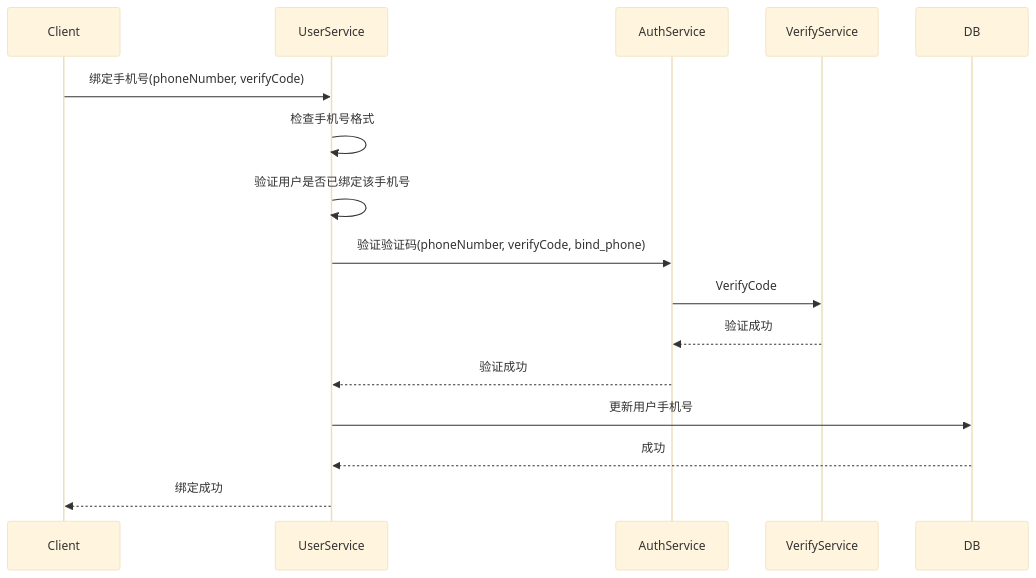
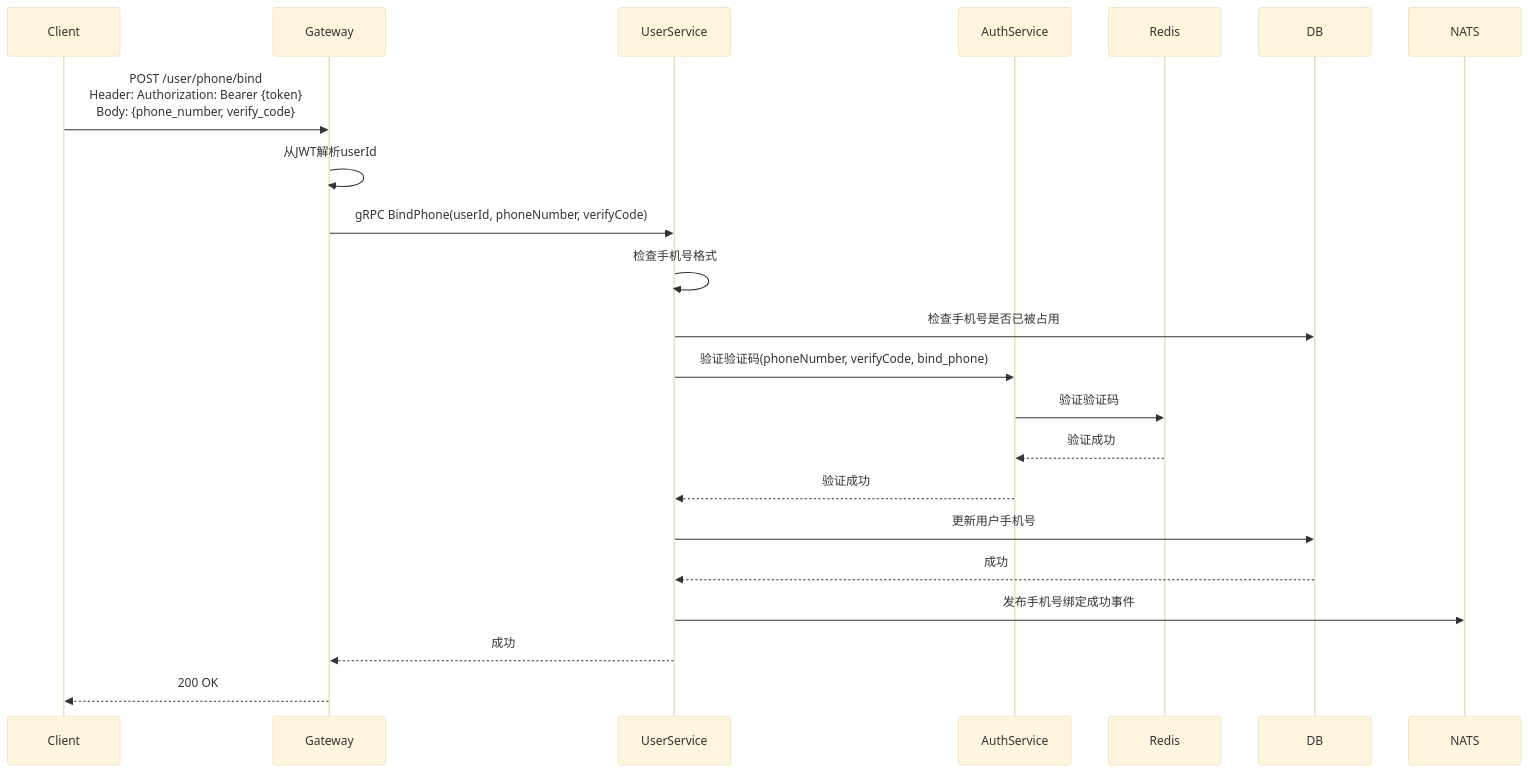
One commit to yzhgit/anychat-server changed the diagram in docs/design/auth/bind-phone.md. Above: the diagram before and after it, drawn with Mermaid (base theme). The commit also changed 30 other files, not shown here.

First line of the commit message:
docs: 更新设计文档时序图，添加Gateway和NATS参与者

````diff
--- a/docs/design/auth/bind-phone.md
+++ b/docs/design/auth/bind-phone.md
@@ -14,19 +14,25 @@
 ```mermaid
 sequenceDiagram
     participant Client
+    participant Gateway
     participant UserService
     participant AuthService
-    participant VerifyService
+    participant Redis
     participant DB
+    participant NATS
 
-    Client->>UserService: 绑定手机号(phoneNumber, verifyCode)
+    Client->>Gateway: POST /user/phone/bind<br/>Header: Authorization: Bearer {token}<br/>Body: {phone_number, verify_code}
+    Gateway->>Gateway: 从JWT解析userId
+    Gateway->>UserService: gRPC BindPhone(userId, phoneNumber, verifyCode)
     UserService->>UserService: 检查手机号格式
-    UserService->>UserService: 验证用户是否已绑定该手机号
+    UserService->>DB: 检查手机号是否已被占用
     UserService->>AuthService: 验证验证码(phoneNumber, verifyCode, bind_phone)
-    AuthService->>VerifyService: VerifyCode
-    VerifyService-->>AuthService: 验证成功
+    AuthService->>Redis: 验证验证码
+    Redis-->>AuthService: 验证成功
     AuthService-->>UserService: 验证成功
     UserService->>DB: 更新用户手机号
     DB-->>UserService: 成功
-    UserService-->>Client: 绑定成功
+    UserService->>NATS: 发布手机号绑定成功事件
+    UserService-->>Gateway: 成功
+    Gateway-->>Client: 200 OK
 ```
````
